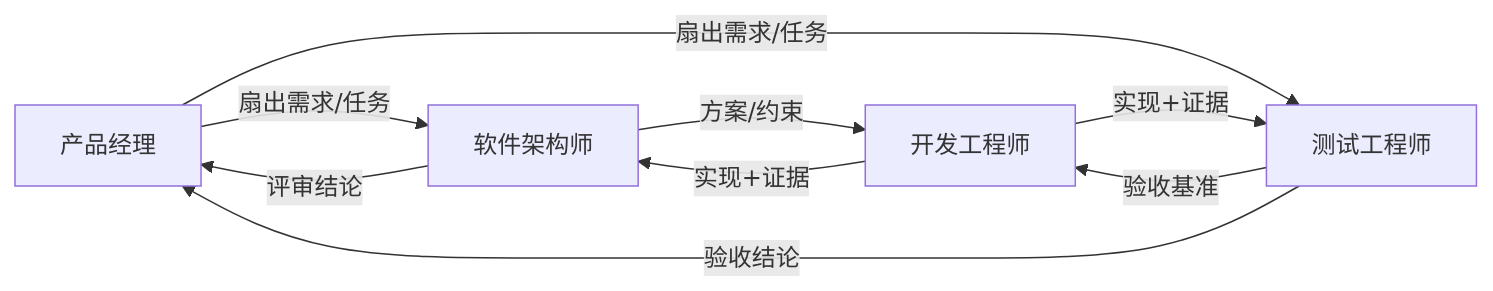
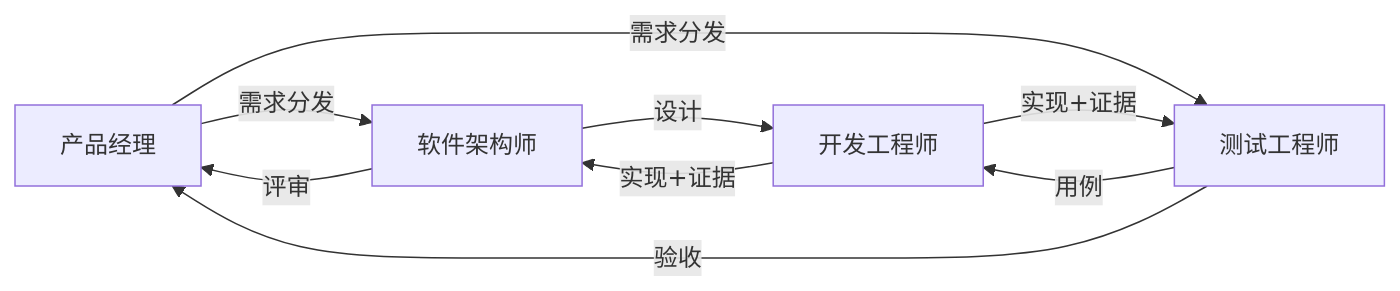
Before and after one commit to icylight/pi-tavern: the second of 7 diagrams in README.md, drawn with Mermaid. The commit also changed other lines of this file and 1 other file, not shown here.

````diff
--- a/README.md
+++ b/README.md
@@ -72,9 +72,9 @@
 ```mermaid
 flowchart LR
-    PM["产品经理"] -->|"扇出需求/任务"| AR["软件架构师"] & TE["测试工程师"]
-    AR -->|"方案/约束"| DV["开发工程师"]
-    TE -->|"验收基准"| DV
+    PM["产品经理"] -->|"需求分发"| AR["软件架构师"] & TE["测试工程师"]
+    AR -->|"设计"| DV["开发工程师"]
+    TE -->|"用例"| DV
     DV -->|"实现+证据"| AR & TE
-    AR -->|"评审结论"| PM
-    TE -->|"验收结论"| PM
+    AR -->|"评审"| PM
+    TE -->|"验收"| PM
 ```
````
